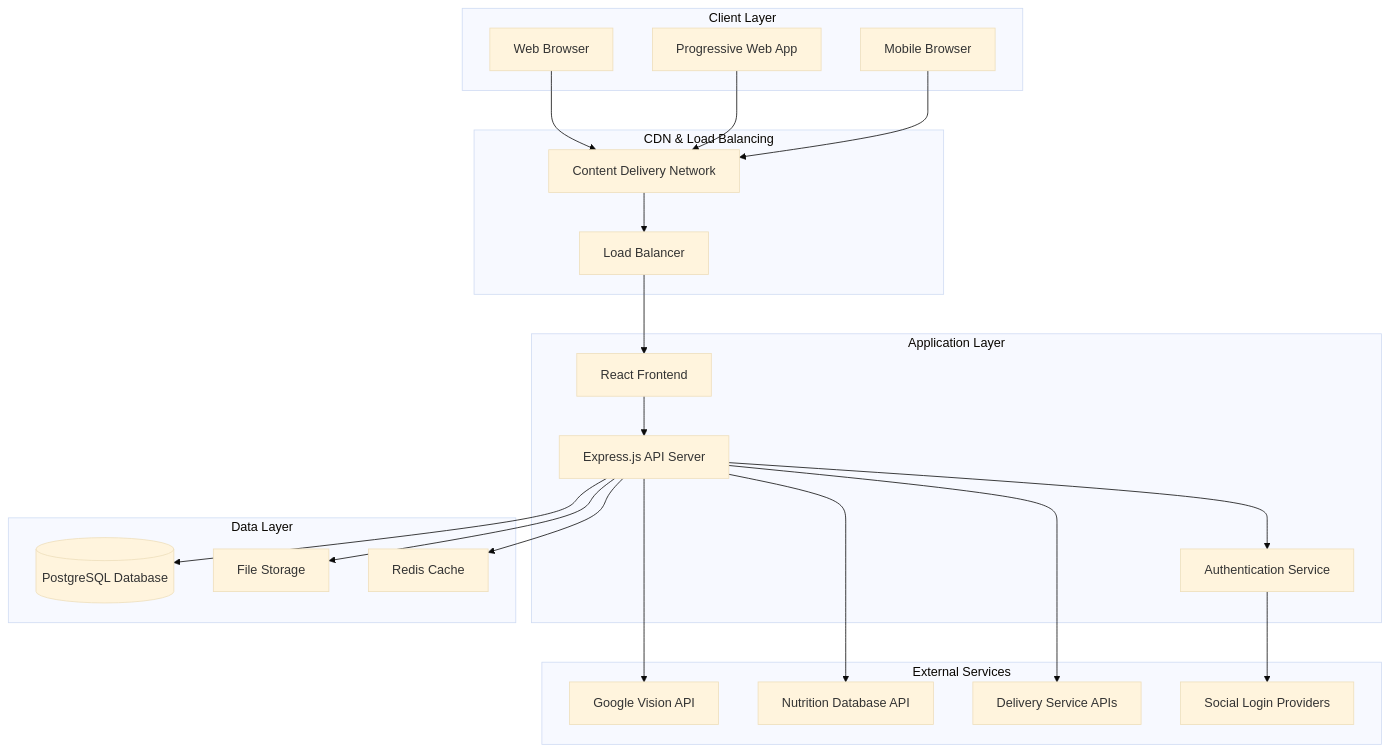
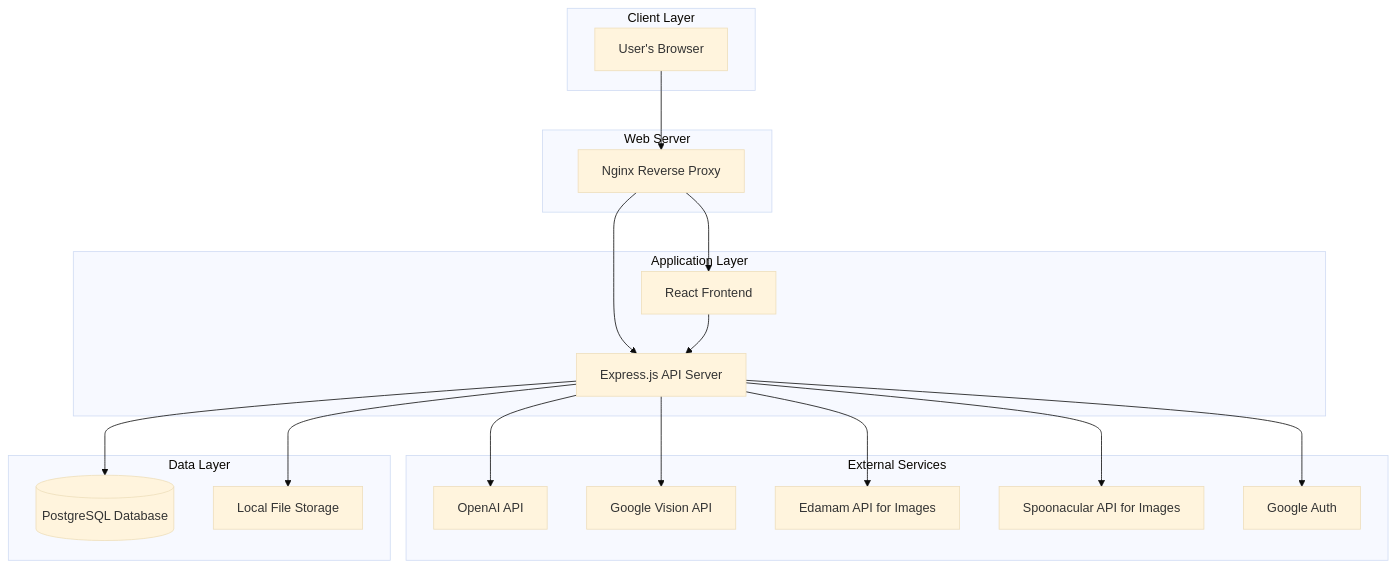
Before and after one commit to phatcharat/Sous_Cook: the first of 12 diagrams in doc/diagram.md, drawn with Mermaid (base theme). The commit also changed other lines of this file and 7 other files, not shown here.

````diff
--- a/doc/diagram.md
+++ b/doc/diagram.md
@@ -18,47 +18,40 @@
 ```mermaid
 graph TB
     subgraph "Client Layer"
-        WEB[Web Browser]
-        PWA[Progressive Web App]
-        MOB[Mobile Browser]
+        USER[User's Browser]
     end
-    
-    subgraph "CDN & Load Balancing"
-        CDN[Content Delivery Network]
-        LB[Load Balancer]
+
+    subgraph "Web Server"
+        NGINX[Nginx Reverse Proxy]
     end
-    
+
     subgraph "Application Layer"
         FE[React Frontend]
         API[Express.js API Server]
-        AUTH[Authentication Service]
     end
-    
+
     subgraph "External Services"
+        OPENAI[OpenAI API]
         VISION[Google Vision API]
-        NUTRITION[Nutrition Database API]
-        DELIVERY[Delivery Service APIs]
-        SOCIAL[Social Login Providers]
+        EDAMAM[Edamam API for Images]
+        SPOONACULAR[Spoonacular API for Images]
+        G_AUTH[Google Auth]
     end
-    
+
     subgraph "Data Layer"
         DB[(PostgreSQL Database)]
-        STORAGE[File Storage]
-        CACHE[Redis Cache]
+        STORAGE[Local File Storage]
     end
-    
-    WEB --> CDN
-    PWA --> CDN
-    MOB --> CDN
-    CDN --> LB
-    LB --> FE
+
+    USER --> NGINX
+    NGINX --> FE
+    NGINX --> API
     FE --> API
-    API --> AUTH
+    API --> OPENAI
     API --> VISION
-    API --> NUTRITION
-    API --> DELIVERY
-    AUTH --> SOCIAL
+    API --> EDAMAM
+    API --> SPOONACULAR
+    API --> G_AUTH
     API --> DB
     API --> STORAGE
-    API --> CACHE
 ```
````
